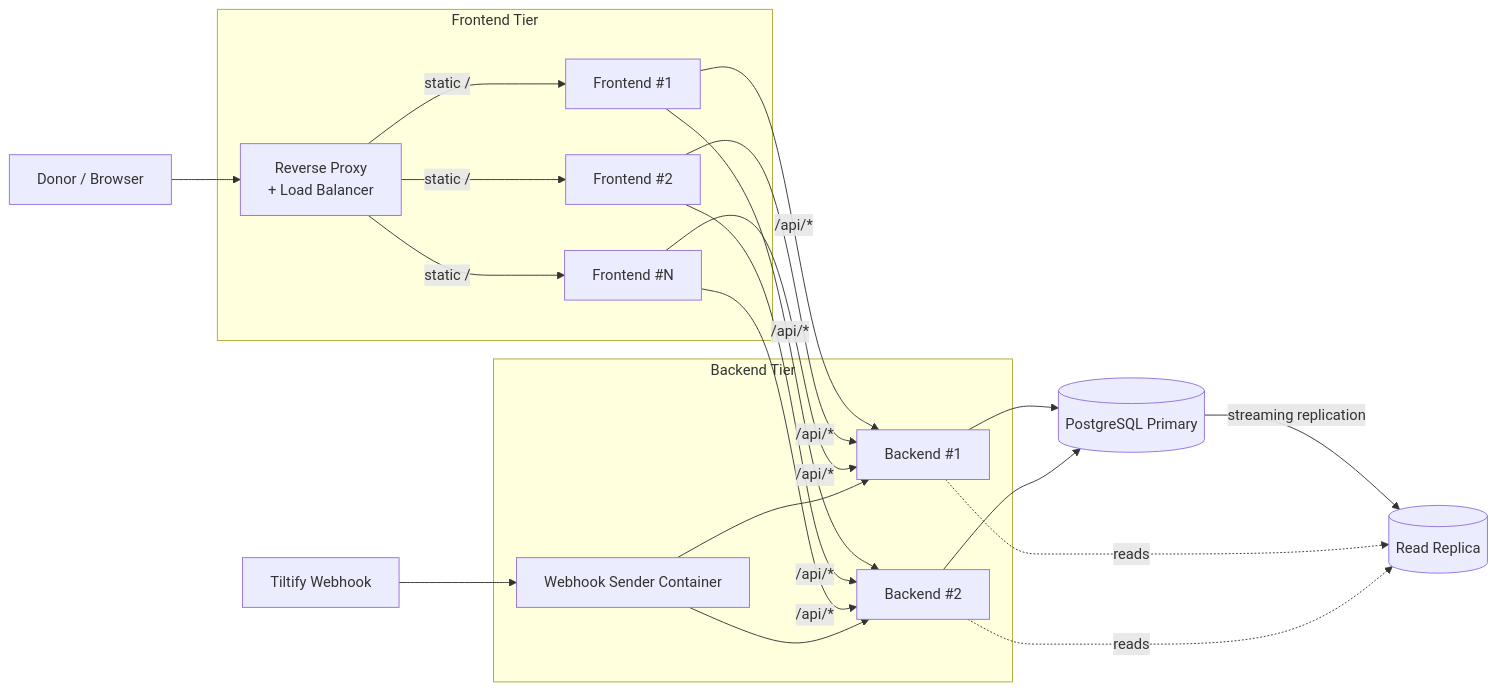
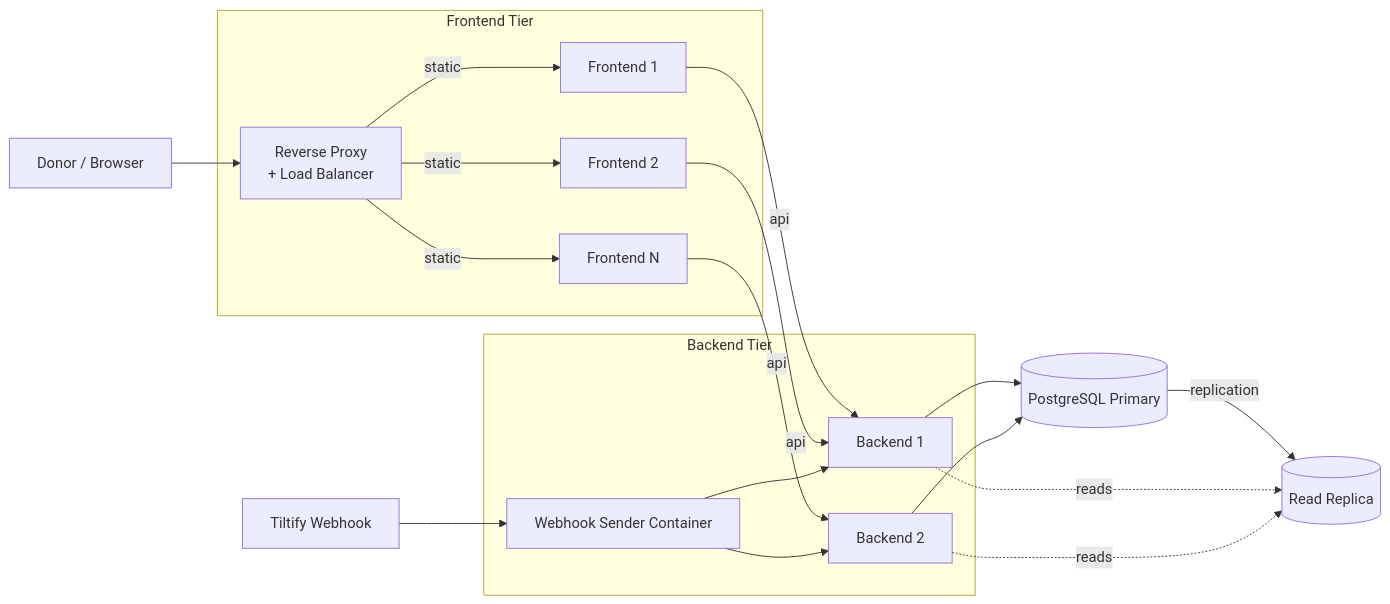
Before and after one commit to Codescales/esa-dono-ui: the second of 2 diagrams in README.md, drawn with Mermaid. The commit also changed other lines of this file, not shown here.

Commit message:
docs(readme): fix mermaid syntax for GitHub rendering

````diff
--- a/README.md
+++ b/README.md
@@ -224,23 +224,25 @@
 ```mermaid
 flowchart LR
     User[Donor / Browser] --> LB[Reverse Proxy<br/>+ Load Balancer]
     Tiltify[Tiltify Webhook] --> Webhook[Webhook Sender Container]
 
-    subgraph FrontendTier["Frontend Tier"]
-        LB -- "static /" --> FE1[Frontend #1]
-        LB -- "static /" --> FE2[Frontend #2]
-        LB -- "static /" --> FEn[Frontend #N]
+    subgraph Frontend Tier
+        LB -->|static| FE1[Frontend 1]
+        LB -->|static| FE2[Frontend 2]
+        LB -->|static| FE3[Frontend N]
     end
 
-    subgraph BackendTier["Backend Tier"]
-        FE1 & FE2 & FEn -- "/api/*" --> BE1[Backend #1]
-        FE1 & FE2 & FEn -- "/api/*" --> BE2[Backend #2]
+    subgraph Backend Tier
+        FE1 -->|api| BE1[Backend 1]
+        FE2 -->|api| BE1
+        FE3 -->|api| BE2[Backend 2]
         Webhook --> BE1
         Webhook --> BE2
     end
 
-    BE1 & BE2 --> PG[(PostgreSQL Primary)]
-    PG -- "streaming replication" --> RO[(Read Replica)]
-    BE1 -. "reads" .-> RO
-    BE2 -. "reads" .-> RO
+    BE1 --> PG[(PostgreSQL Primary)]
+    BE2 --> PG
+    PG -->|replication| RO[(Read Replica)]
+    BE1 -.->|reads| RO
+    BE2 -.->|reads| RO
 ```
````
